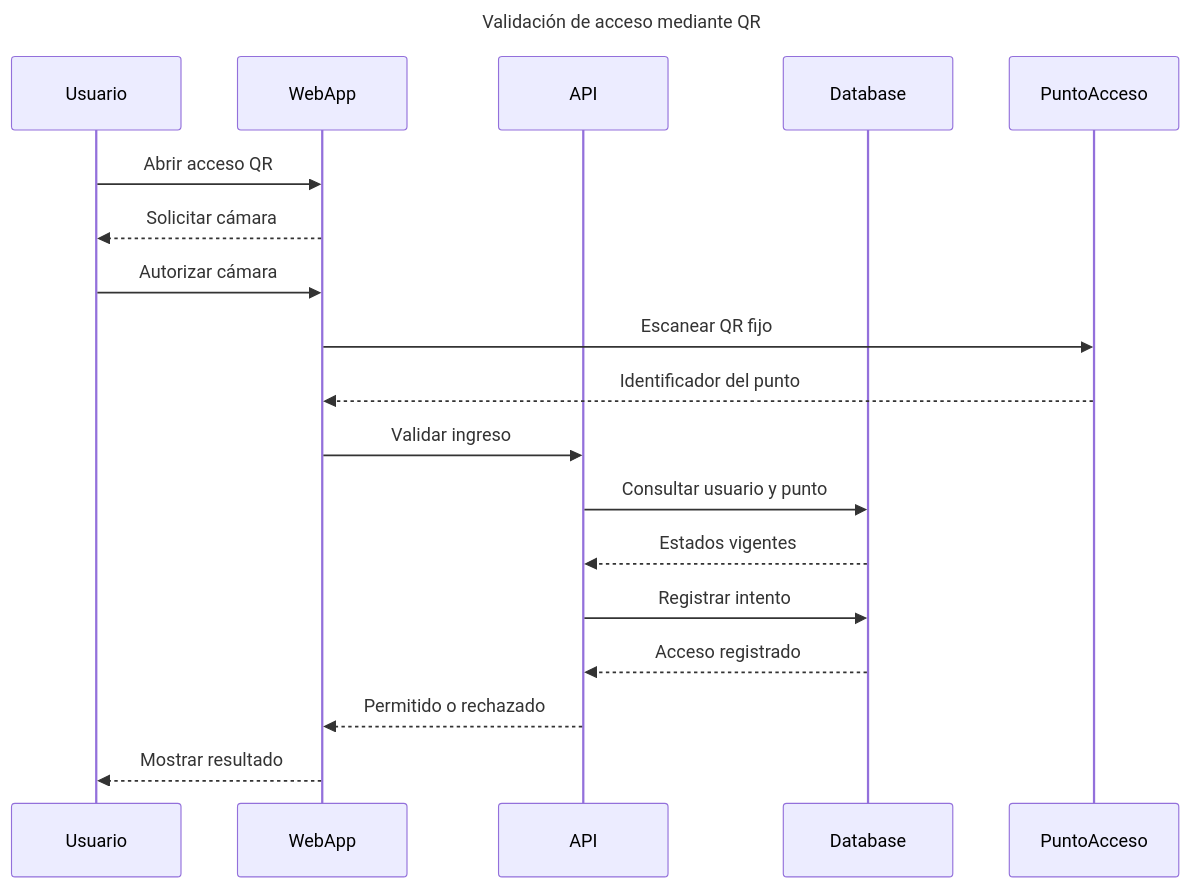
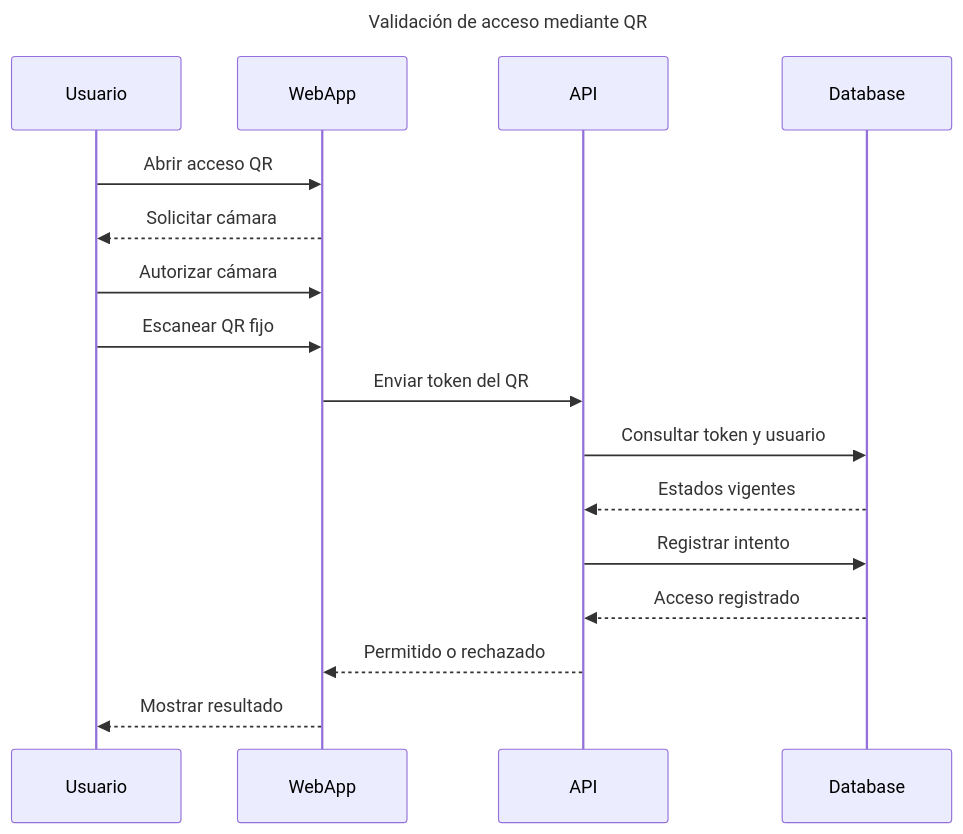
One commit to MTeamOrg/M-Team changed the fourth of 6 diagrams in docs/diagramas-de-secuencia.md. Above: the diagram before and after it, drawn with Mermaid. The commit also changed other lines of this file, not shown here.

Commit message:
docs: add sequence diagrams

````diff
--- a/docs/diagramas-de-secuencia.md
+++ b/docs/diagramas-de-secuencia.md
@@ -98,22 +104,20 @@
 ```mermaid
 sequenceDiagram
     title Validación de acceso mediante QR
     participant Usuario
     participant WebApp
     participant API
     participant Database
-    participant PuntoAcceso
 
     Usuario->>WebApp: Abrir acceso QR
     WebApp-->>Usuario: Solicitar cámara
     Usuario->>WebApp: Autorizar cámara
-    WebApp->>PuntoAcceso: Escanear QR fijo
-    PuntoAcceso-->>WebApp: Identificador del punto
-    WebApp->>API: Validar ingreso
-    API->>Database: Consultar usuario y punto
+    Usuario->>WebApp: Escanear QR fijo
+    WebApp->>API: Enviar token del QR
+    API->>Database: Consultar token y usuario
     Database-->>API: Estados vigentes
     API->>Database: Registrar intento
     Database-->>API: Acceso registrado
     API-->>WebApp: Permitido o rechazado
     WebApp-->>Usuario: Mostrar resultado
 ```
````
